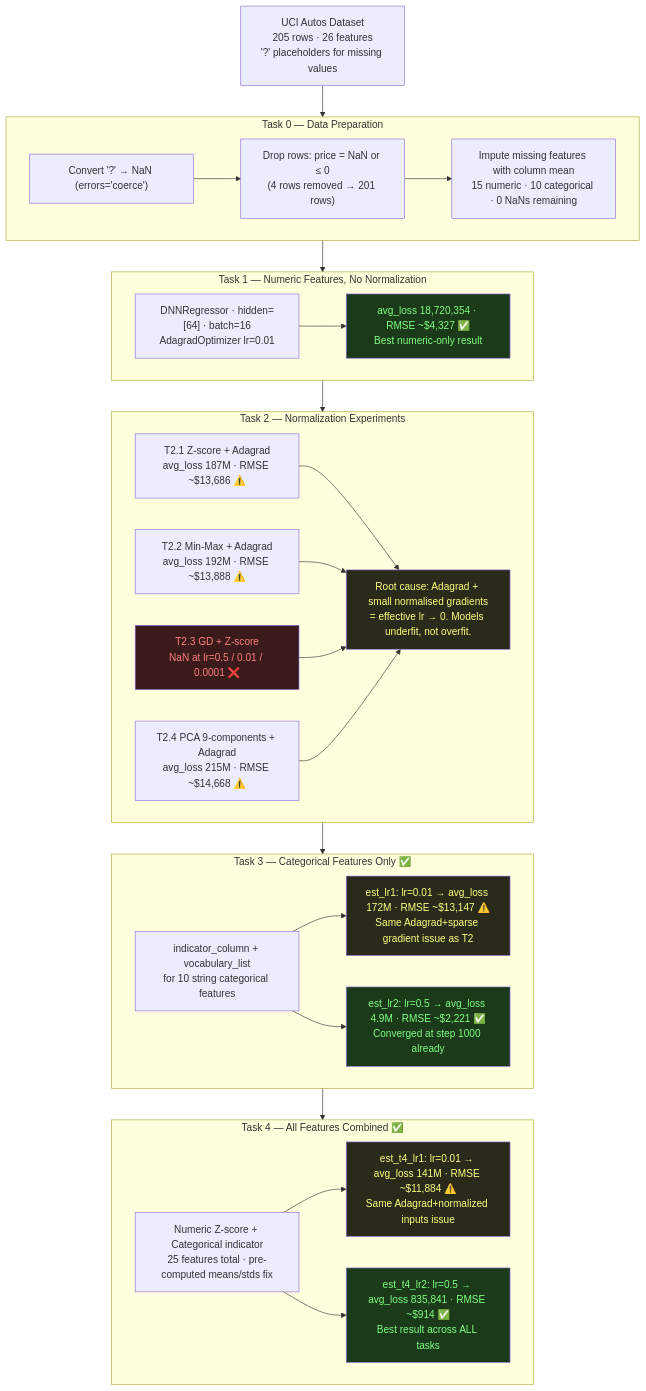
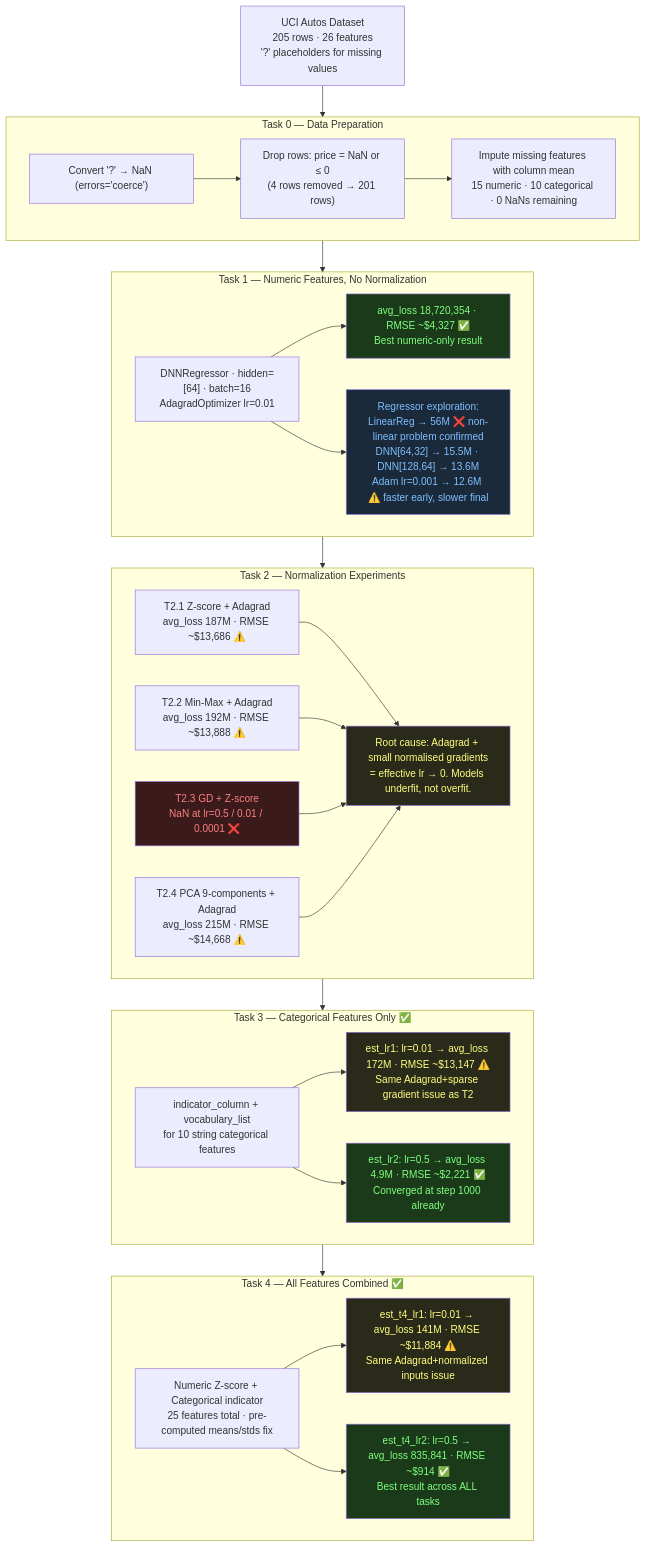
One commit to lfariabr/masters-swe-ai changed the diagram in 2026-T1/ISY/assignments/Assessment2/notes.md. Above: the diagram before and after it, drawn with Mermaid. The commit also changed other lines of this file and 2 other files, not shown here.

Commit message:
feat(study-isy503): Assessment 2, optimizer exploration + report/notes sync (Relates #133)

````diff
--- a/2026-T1/ISY/assignments/Assessment2/notes.md
+++ b/2026-T1/ISY/assignments/Assessment2/notes.md
@@ -10,58 +10,61 @@
 ```mermaid
 flowchart TD
     RAW["UCI Autos Dataset<br>205 rows · 26 features<br>'?' placeholders for missing values"]
 
     RAW --> T0
 
     subgraph T0["Task 0 — Data Preparation"]
         T0A["Convert '?' → NaN (errors='coerce')"]
         T0B["Drop rows: price = NaN or ≤ 0<br>(4 rows removed → 201 rows)"]
         T0C["Impute missing features with column mean<br>15 numeric · 10 categorical · 0 NaNs remaining"]
         T0A --> T0B --> T0C
     end
 
     T0 --> T1
 
     subgraph T1["Task 1 — Numeric Features, No Normalization"]
         T1A["DNNRegressor · hidden=[64] · batch=16<br>AdagradOptimizer lr=0.01"]
         T1B["avg_loss 18,720,354 · RMSE ~$4,327 ✅<br>Best numeric-only result"]
+        T1EXT["Regressor exploration:<br>LinearReg → 56M ❌ non-linear problem confirmed<br>DNN[64,32] → 15.5M · DNN[128,64] → 13.6M<br>Adam lr=0.001 → 12.6M ⚠️ faster early, slower final"]
         T1A --> T1B
+        T1A --> T1EXT
     end
 
     T1 --> T2
 
     subgraph T2["Task 2 — Normalization Experiments"]
         T2A["T2.1 Z-score + Adagrad<br>avg_loss 187M · RMSE ~$13,686 ⚠️"]
         T2B["T2.2 Min-Max + Adagrad<br>avg_loss 192M · RMSE ~$13,888 ⚠️"]
         T2C["T2.3 GD + Z-score<br>NaN at lr=0.5 / 0.01 / 0.0001 ❌"]
         T2D["T2.4 PCA 9-components + Adagrad<br>avg_loss 215M · RMSE ~$14,668 ⚠️"]
         T2E["Root cause: Adagrad + small normalised gradients<br>= effective lr → 0. Models underfit, not overfit."]
         T2A & T2B & T2C & T2D --> T2E
     end
 
     T2 --> T3
 
     subgraph T3["Task 3 — Categorical Features Only ✅"]
         T3A["indicator_column + vocabulary_list<br>for 10 string categorical features"]
         T3B["est_lr1: lr=0.01 → avg_loss 172M · RMSE ~$13,147 ⚠️<br>Same Adagrad+sparse gradient issue as T2"]
         T3C["est_lr2: lr=0.5 → avg_loss 4.9M · RMSE ~$2,221 ✅<br>Converged at step 1000 already"]
         T3A --> T3B & T3C
     end
 
     T3 --> T4
 
     subgraph T4["Task 4 — All Features Combined ✅"]
         T4A["Numeric Z-score + Categorical indicator<br>25 features total · pre-computed means/stds fix"]
         T4B["est_t4_lr1: lr=0.01 → avg_loss 141M · RMSE ~$11,884 ⚠️<br>Same Adagrad+normalized inputs issue"]
         T4C["est_t4_lr2: lr=0.5 → avg_loss 835,841 · RMSE ~$914 ✅<br>Best result across ALL tasks"]
         T4A --> T4B & T4C
     end
 
     style T1B fill:#1a3a1a,color:#7fff7f
+    style T1EXT fill:#1a2a3a,color:#7fbfff
     style T2C fill:#3a1a1a,color:#ff7f7f
     style T2E fill:#2a2a1a,color:#ffff7f
     style T3B fill:#2a2a1a,color:#ffff7f
     style T3C fill:#1a3a1a,color:#7fff7f
     style T4B fill:#2a2a1a,color:#ffff7f
     style T4C fill:#1a3a1a,color:#7fff7f
 ```
````
